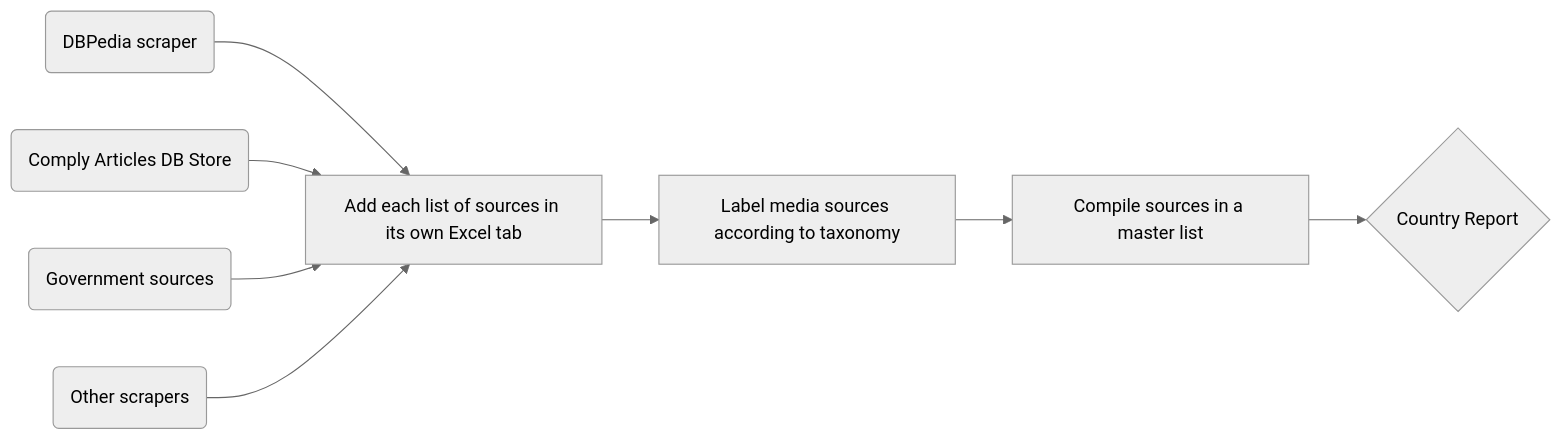
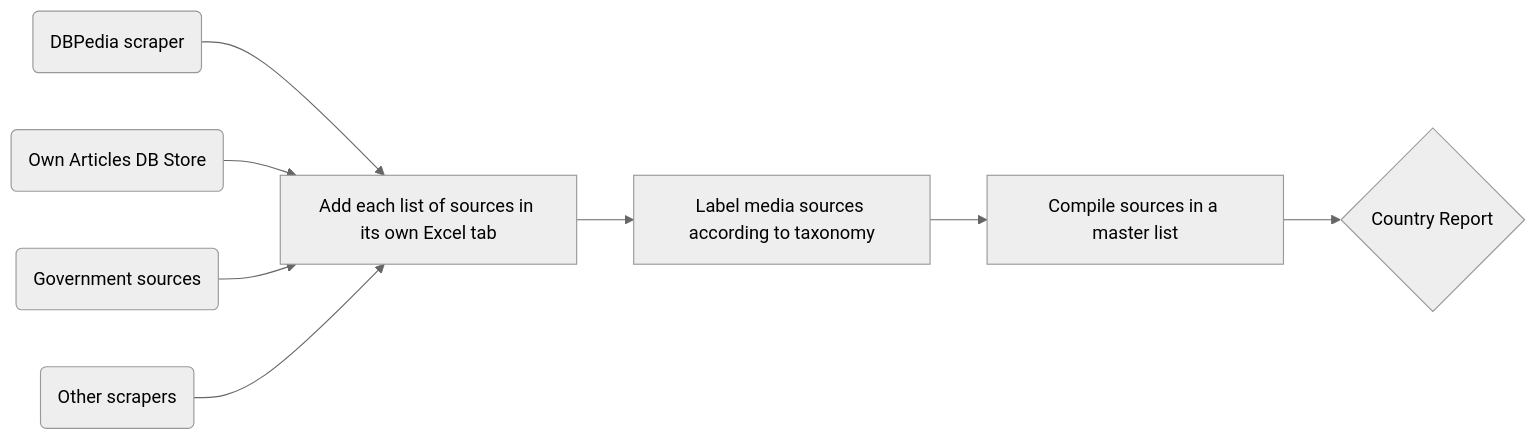
The first of 2 diagrams in README.md (AlbinTouma/media_source_collator), drawn with Mermaid (neutral theme) before and after one commit. The commit also changed other lines of this file, not shown here.

````diff
--- a/README.md
+++ b/README.md
@@ -83,11 +84,11 @@
 ```mermaid
 graph LR;
 
 DBPedia("DBPedia scraper") --> B[Add each list of sources in its own Excel tab]
-Comply("Comply Articles DB Store") --> B
+Own("Own Articles DB Store") --> B
 GovernmentDirectory(Government sources) --> B
 Other(Other scrapers) --> B
 B --> Taxonomy[Label media sources according to taxonomy]
 Taxonomy --> Compiler[Compile sources in a master list]
 Compiler --> CountryReport{Country Report}
 ```
````
